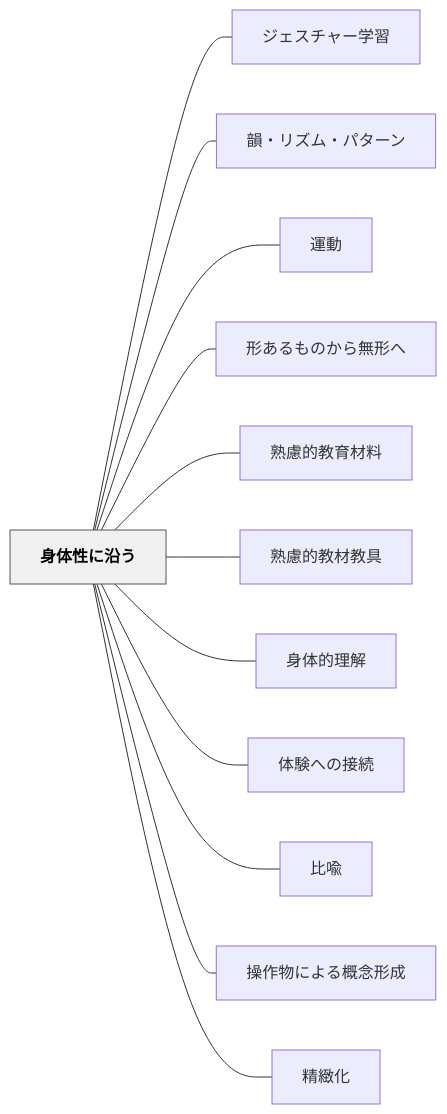
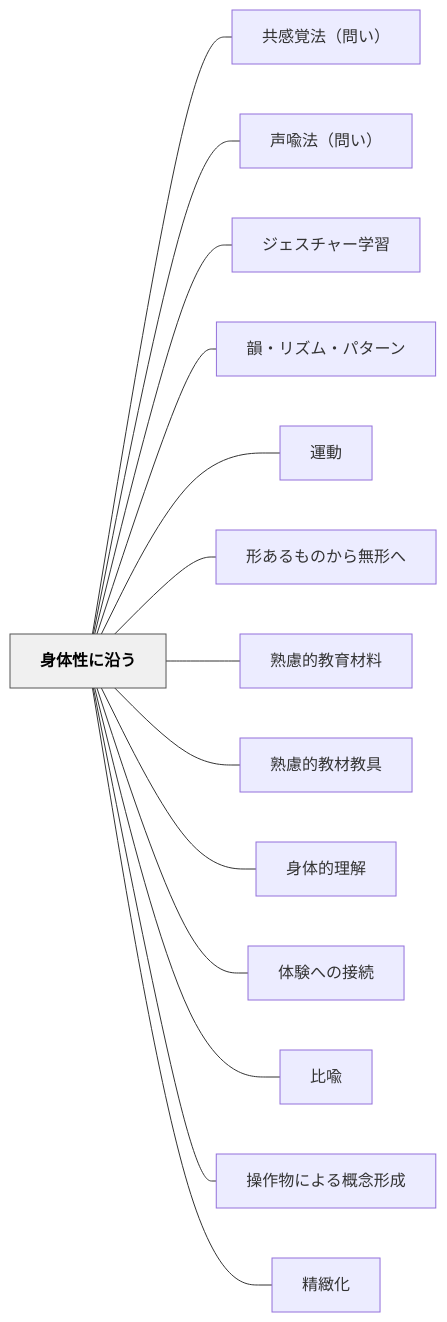
The diagram in content/パタン/身体性に沿う.md (unknownthings-ed-patterns/unknownthings-ed-patterns), drawn with Mermaid before and after one commit. The commit also changed other lines of this file and 38 other files, not shown here.

````diff
--- a/content/パタン/身体性に沿う.md
+++ b/content/パタン/身体性に沿う.md
@@ -76,30 +78,34 @@
 ```mermaid
 flowchart LR
     ne8baabe4bd93e680a7e381abe6b2bfe38186["身体性に沿う"]
+    ne585b1e6849fe8a69ae6b395efbc88e5958fe38184efbc89["共感覚法（問い）"]
+    ne5a3b0e596a9e6b395efbc88e5958fe38184efbc89["声喩法（問い）"]
     ne382b8e382a7e382b9e38381e383a3e383bce5ada6e7bf92["ジェスチャー学習"]
     ne99fbbe383bbe383aae382bae383a0e383bbe38391e382bfe383bce383b3["韻・リズム・パターン"]
     ne9818be58b95["運動"]
     ne5bda2e38182e3828be38282e381aee3818be38289e784a1e5bda2e381b8["形あるものから無形へ"]
     ne7869fe685aee79a84e69599e882b2e69d90e69699["熟慮的教育材料"]
     ne7869fe685aee79a84e69599e69d90e69599e585b7["熟慮的教材教具"]
     ne8baabe4bd93e79a84e79086e8a7a3["身体的理解"]
     ne4bd93e9a893e381b8e381aee68ea5e7b69a["体験への接続"]
     ne6af94e596a9["比喩"]
     ne6938de4bd9ce789a9e381abe38288e3828be6a682e5bfb5e5bda2e68890["操作物による概念形成"]
     ne7b2bee7b7bbe58c96["精緻化"]
 
+    ne8baabe4bd93e680a7e381abe6b2bfe38186 --- ne585b1e6849fe8a69ae6b395efbc88e5958fe38184efbc89
+    ne8baabe4bd93e680a7e381abe6b2bfe38186 --- ne5a3b0e596a9e6b395efbc88e5958fe38184efbc89
     ne8baabe4bd93e680a7e381abe6b2bfe38186 --- ne382b8e382a7e382b9e38381e383a3e383bce5ada6e7bf92
     ne8baabe4bd93e680a7e381abe6b2bfe38186 --- ne99fbbe383bbe383aae382bae383a0e383bbe38391e382bfe383bce383b3
     ne8baabe4bd93e680a7e381abe6b2bfe38186 --- ne9818be58b95
     ne8baabe4bd93e680a7e381abe6b2bfe38186 --- ne5bda2e38182e3828be38282e381aee3818be38289e784a1e5bda2e381b8
     ne8baabe4bd93e680a7e381abe6b2bfe38186 --- ne7869fe685aee79a84e69599e882b2e69d90e69699
     ne8baabe4bd93e680a7e381abe6b2bfe38186 --- ne7869fe685aee79a84e69599e69d90e69599e585b7
     ne8baabe4bd93e680a7e381abe6b2bfe38186 --- ne8baabe4bd93e79a84e79086e8a7a3
     ne8baabe4bd93e680a7e381abe6b2bfe38186 --- ne4bd93e9a893e381b8e381aee68ea5e7b69a
     ne8baabe4bd93e680a7e381abe6b2bfe38186 --- ne6af94e596a9
     ne8baabe4bd93e680a7e381abe6b2bfe38186 --- ne6938de4bd9ce789a9e381abe38288e3828be6a682e5bfb5e5bda2e68890
     ne8baabe4bd93e680a7e381abe6b2bfe38186 --- ne7b2bee7b7bbe58c96
 
     classDef hub fill:#f0f0f0,stroke:#555,color:#000,font-weight:bold
     class ne8baabe4bd93e680a7e381abe6b2bfe38186 hub
 ```
````
